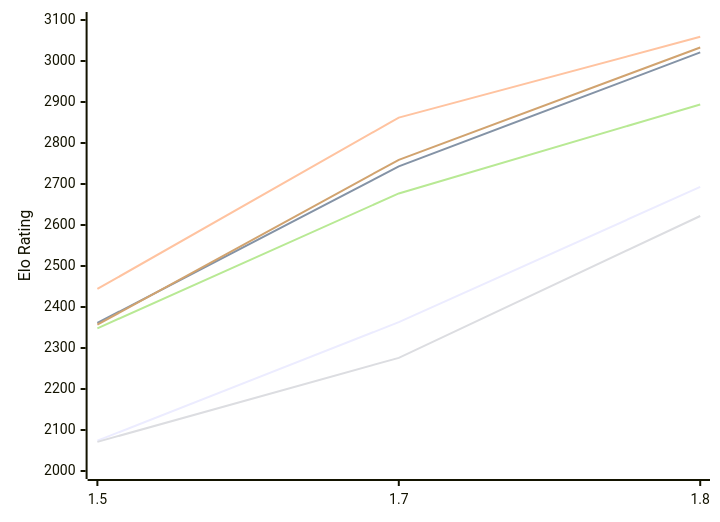
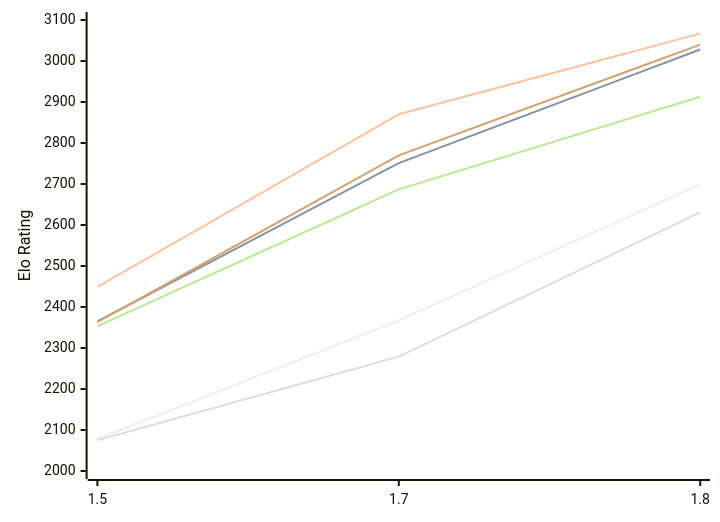
Before and after one commit to computer-chess-index/cci: the first of 2 diagrams in engines/Facon.md, drawn with Mermaid. The commit also changed other lines of this file, not shown here.

Commit message:
Update CCI Ratings (ELO VLTC) - 2026-11-16

````diff
--- a/engines/Facon.md
+++ b/engines/Facon.md
@@ -54,12 +54,12 @@
 ```mermaid
 %%{init: {"theme":"base","themeVariables":{"seriesColors:['#a3a3a3','#222221','#faa371']}}}%%
 xychart-beta
   x-axis ["1.5", "1.7", "1.8"]
   y-axis "Elo Rating" 2000 --> 3100
-  line "E1: STC (8.0+0.08s)" [2074, 2363, 2693]
-  line "E1: LTC (60.0+0.60s)" [2361, 2743, 3021]
-  line "E1: VLTC (2m24s+1.12s)" [2444, 2862, 3059]
-  line "P1: STC (8.0+0.08s)" [2071, 2276, 2622]
-  line "P1: LTC (60.0+0.60s)" [2348, 2677, 2894]
-  line "P1: VLTC (2m24s+1.12s)" [2357, 2759, 3033]
+  line "E1: STC (8.0+0.08s)" [2078, 2367, 2699]
+  line "E1: LTC (60.0+0.60s)" [2365, 2751, 3028]
+  line "E1: VLTC (2m24s+1.12s)" [2449, 2870, 3067]
+  line "P1: STC (8.0+0.08s)" [2075, 2279, 2631]
+  line "P1: LTC (60.0+0.60s)" [2353, 2687, 2913]
+  line "P1: VLTC (2m24s+1.12s)" [2363, 2770, 3040]
 ```
````
